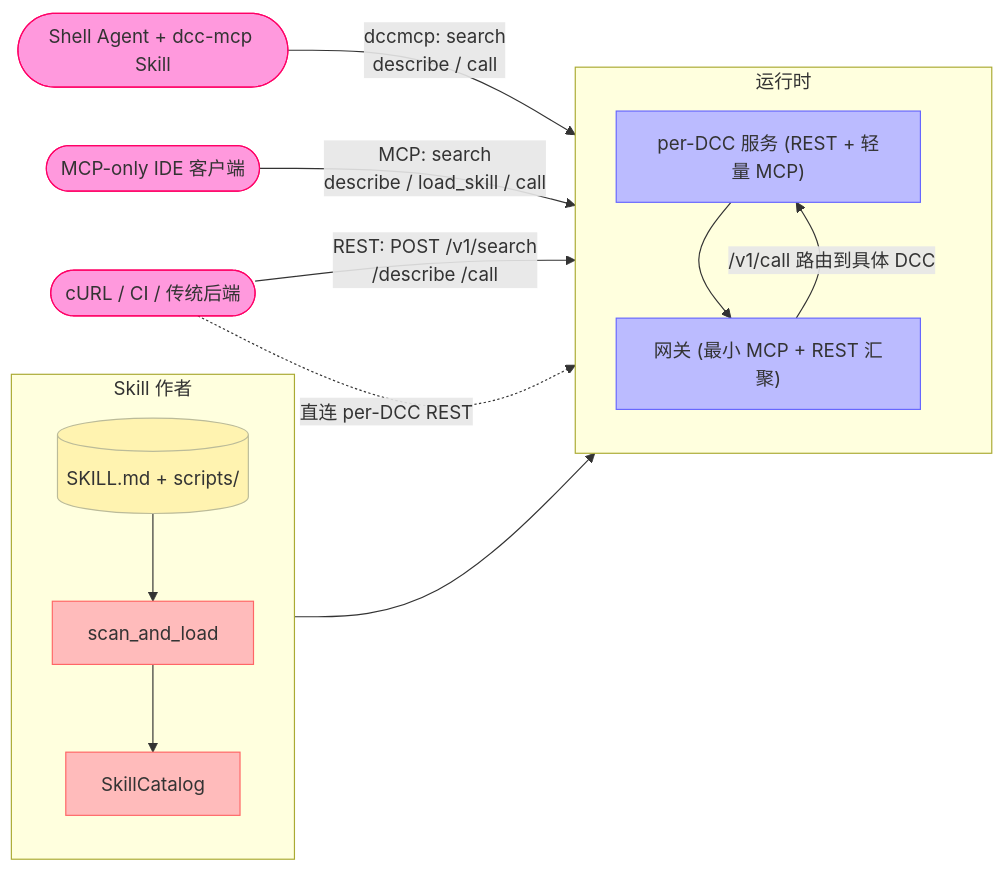
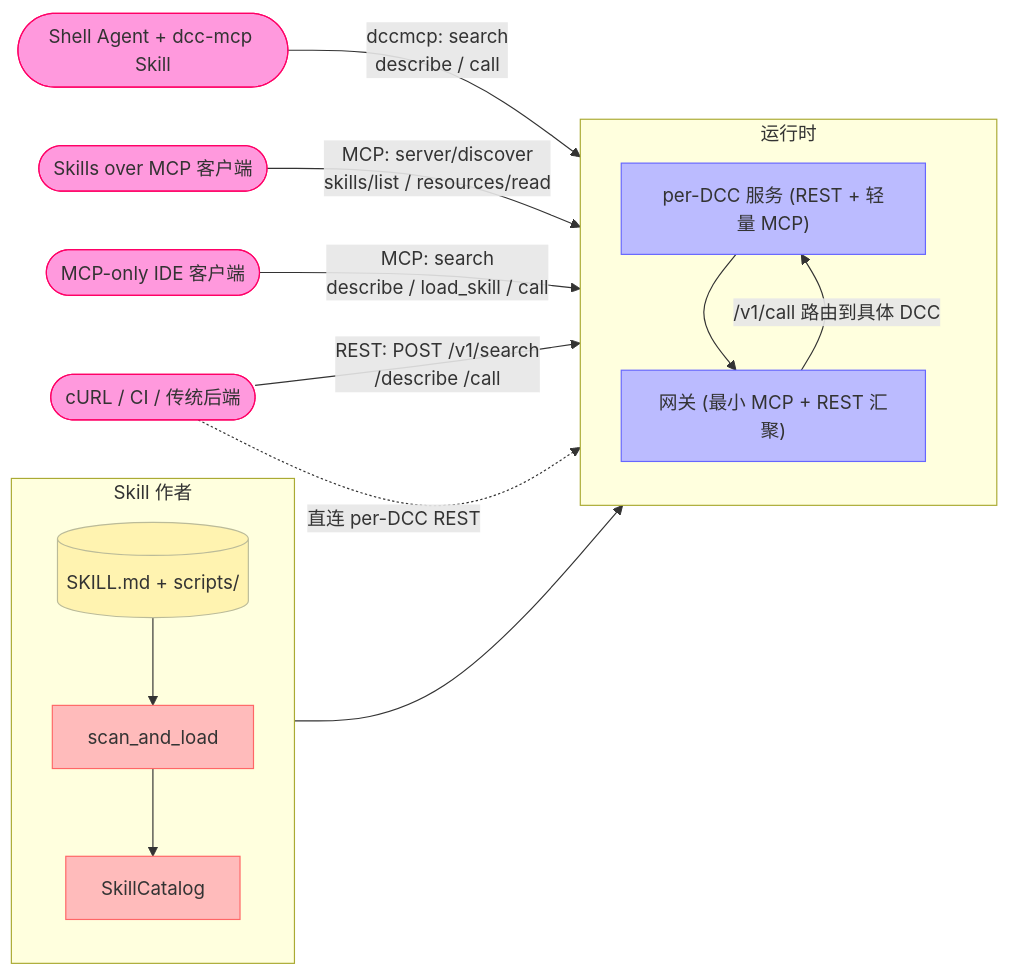
Before and after one commit to dcc-mcp/dcc-mcp-core: the diagram in docs/zh/guide/what-is-dcc-mcp-core.md, drawn with Mermaid. The commit also changed other lines of this file and 35 other files, not shown here.

Commit message:
docs: highlight Skills over MCP support

````diff
--- a/docs/zh/guide/what-is-dcc-mcp-core.md
+++ b/docs/zh/guide/what-is-dcc-mcp-core.md
@@ -15,33 +16,35 @@
 ```mermaid
 flowchart LR
     subgraph Author["Skill 作者"]
       direction TB
       SKILL[(SKILL.md + scripts/)]:::yaml
       SCAN[scan_and_load]:::rust
       CAT[SkillCatalog]:::rust
       SKILL --> SCAN --> CAT
     end
 
     subgraph Runtime["运行时"]
       direction TB
       PERDCC["per-DCC 服务 (REST + 轻量 MCP)"]:::server
       GW["网关 (最小 MCP + REST 汇聚)"]:::server
       CAT --> PERDCC
       PERDCC --> GW
     end
 
     AGENT([Shell Agent + dcc-mcp Skill]):::client
+    SKCLIENT([Skills over MCP 客户端]):::client
     IDE([MCP-only IDE 客户端]):::client
     TRAD([cURL / CI / 传统后端]):::client
 
     AGENT -->|dccmcp: search<br/>describe / call| GW
+    SKCLIENT -->|MCP: server/discover<br/>skills/list / resources/read| PERDCC
     IDE -->|MCP: search<br/>describe / load_skill / call| GW
     TRAD -->|REST: POST /v1/search<br/>/describe /call| GW
     TRAD -.->|直连 per-DCC REST| PERDCC
     GW -->|/v1/call 路由到具体 DCC| PERDCC
 
     classDef yaml fill:#fff3b0,stroke:#bb9,color:#333
     classDef rust fill:#fbb,stroke:#f66,color:#333
     classDef server fill:#bbf,stroke:#66f,color:#333
     classDef client fill:#f9d,stroke:#f06,color:#333
 ```
````
